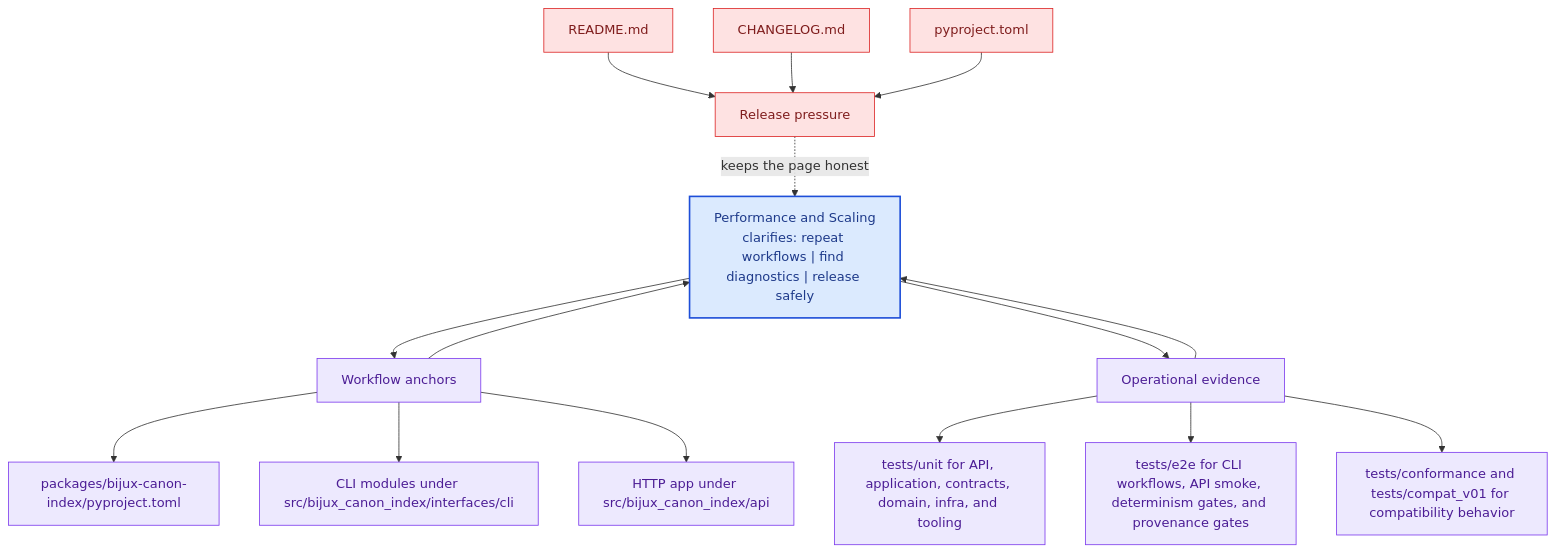
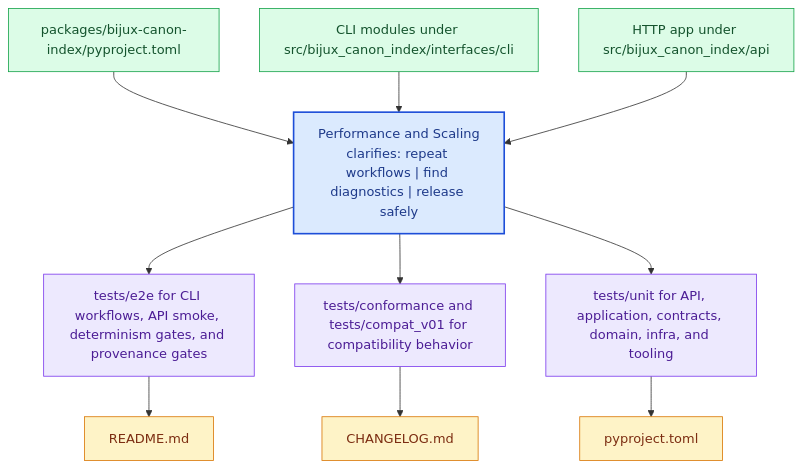
The diagram in docs/bijux-canon-index/operations/performance-and-scaling.md (bijux/bijux-canon), drawn with Mermaid before and after one commit. The commit also changed other lines of this file and 281 other files, not shown here.

Commit message:
docs(diagrams): replace repeated mermaid scaffolds with page-specific summaries

````diff
--- a/docs/bijux-canon-index/operations/performance-and-scaling.md
+++ b/docs/bijux-canon-index/operations/performance-and-scaling.md
@@ -67,41 +22,31 @@
 ```mermaid
 flowchart TB
-    promise["Performance and Scaling<br/>clarifies: repeat workflows | find diagnostics | release safely"]
-    classDef promise fill:#dbeafe,stroke:#1d4ed8,color:#1e3a8a,stroke-width:2px;
-    classDef driver fill:#dcfce7,stroke:#16a34a,color:#14532d;
-    classDef constraint fill:#fee2e2,stroke:#dc2626,color:#7f1d1d;
-    classDef ground fill:#ede9fe,stroke:#7c3aed,color:#4c1d95;
-    focus1["Workflow anchors"]
-    focus1 --> promise
-    promise --> focus1
-    focus1_1["packages/bijux-canon-index/pyproject.toml"]
-    focus1 --> focus1_1
-    focus1_2["CLI modules under src/bijux_canon_index/interfaces/cli"]
-    focus1 --> focus1_2
-    focus1_3["HTTP app under src/bijux_canon_index/api"]
-    focus1 --> focus1_3
-    class focus1 ground;
-    class focus1_1,focus1_2,focus1_3 ground;
-    focus2["Operational evidence"]
-    focus2 --> promise
-    promise --> focus2
-    focus2_1["tests/unit for API, application, contracts, domain, infra, and tooling"]
-    focus2 --> focus2_1
-    focus2_2["tests/e2e for CLI workflows, API smoke, determinism gates, and provenance gates"]
-    focus2 --> focus2_2
-    focus2_3["tests/conformance and tests/compat_v01 for compatibility behavior"]
-    focus2 --> focus2_3
-    class focus2 ground;
-    class focus2_1,focus2_2,focus2_3 ground;
-    focus3["Release pressure"]
-    focus3 -.keeps the page honest.-> promise
-    focus3_1["README.md"]
-    focus3_1 --> focus3
-    focus3_2["CHANGELOG.md"]
-    focus3_2 --> focus3
-    focus3_3["pyproject.toml"]
-    focus3_3 --> focus3
-    class focus3 constraint;
-    class focus3_1,focus3_2,focus3_3 constraint;
-    class promise promise;
+    page["Performance and Scaling<br/>clarifies: repeat workflows | find diagnostics | release safely"]
+    classDef page fill:#dbeafe,stroke:#1d4ed8,color:#1e3a8a,stroke-width:2px;
+    classDef positive fill:#dcfce7,stroke:#16a34a,color:#14532d;
+    classDef caution fill:#fee2e2,stroke:#dc2626,color:#7f1d1d;
+    classDef anchor fill:#ede9fe,stroke:#7c3aed,color:#4c1d95;
+    classDef action fill:#fef3c7,stroke:#d97706,color:#7c2d12;
+    step1["packages/bijux-canon-index/pyproject.toml"]
+    step1 --> page
+    step2["CLI modules under src/bijux_canon_index/interfaces/cli"]
+    step2 --> page
+    step3["HTTP app under src/bijux_canon_index/api"]
+    step3 --> page
+    run1["tests/e2e for CLI workflows, API smoke, determinism gates, and provenance gates"]
+    page --> run1
+    run2["tests/conformance and tests/compat_v01 for compatibility behavior"]
+    page --> run2
+    run3["tests/unit for API, application, contracts, domain, infra, and tooling"]
+    page --> run3
+    release1["README.md"]
+    run1 --> release1
+    release2["CHANGELOG.md"]
+    run2 --> release2
+    release3["pyproject.toml"]
+    run3 --> release3
+    class page page;
+    class step1,step2,step3 positive;
+    class run1,run2,run3 anchor;
+    class release1,release2,release3 action;
 ```
````
